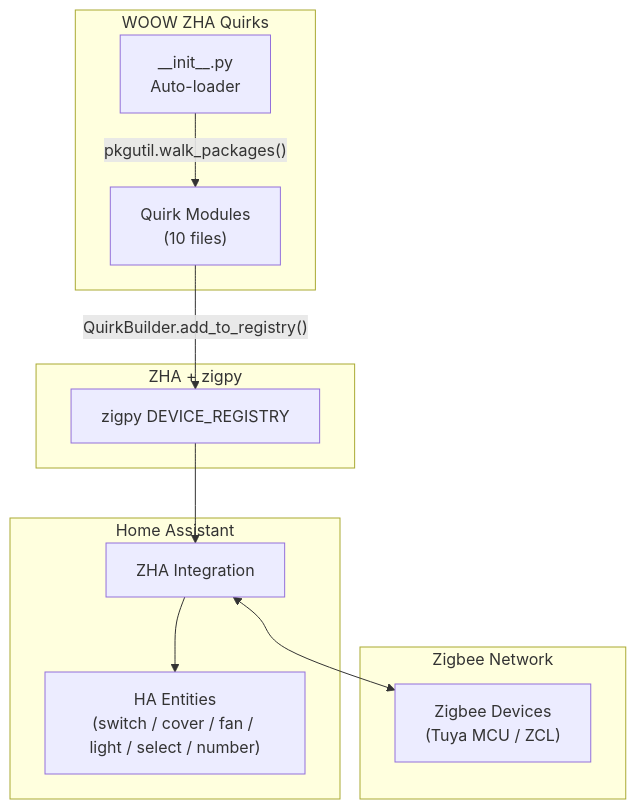
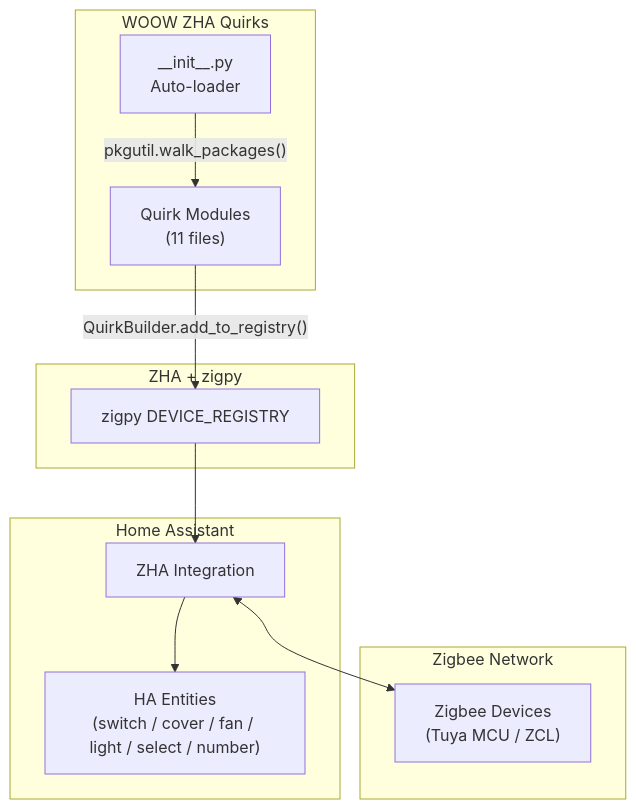
The diagram in README.md (WOOWTECH/Woow_ha_zha_quirk_component), drawn with Mermaid before and after one commit. The commit also changed other lines of this file, not shown here.

````diff
--- a/README.md
+++ b/README.md
@@ -250,26 +276,26 @@
 ```mermaid
 graph TB
     subgraph "Home Assistant"
         HA_ZHA[ZHA Integration]
         HA_ENTITIES["HA Entities<br/>(switch / cover / fan / light / select / number)"]
     end
 
     subgraph "WOOW ZHA Quirks"
         INIT["__init__.py<br/>Auto-loader"]
-        QUIRKS["Quirk Modules<br/>(10 files)"]
+        QUIRKS["Quirk Modules<br/>(11 files)"]
     end
 
     subgraph "ZHA + zigpy"
         ZIGPY_REG["zigpy DEVICE_REGISTRY"]
     end
 
     subgraph "Zigbee Network"
         DEVICES["Zigbee Devices<br/>(Tuya MCU / ZCL)"]
     end
 
     HA_ZHA --> HA_ENTITIES
     INIT -->|"pkgutil.walk_packages()"| QUIRKS
     QUIRKS -->|"QuirkBuilder.add_to_registry()"| ZIGPY_REG
     ZIGPY_REG --> HA_ZHA
     HA_ZHA <--> DEVICES
 ```
````
